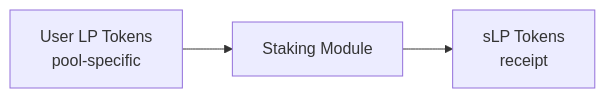
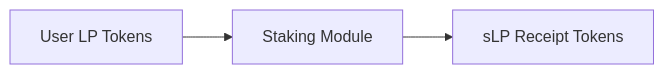
The second of 3 diagrams in docs/2. Governance/2.4. Liquid Staking.md (btr-protocol/dex), drawn with Mermaid before and after one commit. The commit also changed other lines of this file and 27 other files, not shown here.

````diff
--- a/docs/2. Governance/2.4. Liquid Staking.md
+++ b/docs/2. Governance/2.4. Liquid Staking.md
@@ -94,5 +92,5 @@
 ```mermaid
 graph LR
-    User[User LP Tokens<br/>pool-specific] --> Staking[Staking Module]
-    Staking --> sLP[sLP Tokens<br/>receipt]
+    User[User LP Tokens] --> Staking[Staking Module]
+    Staking --> sLP[sLP Receipt Tokens]
 ```
````
